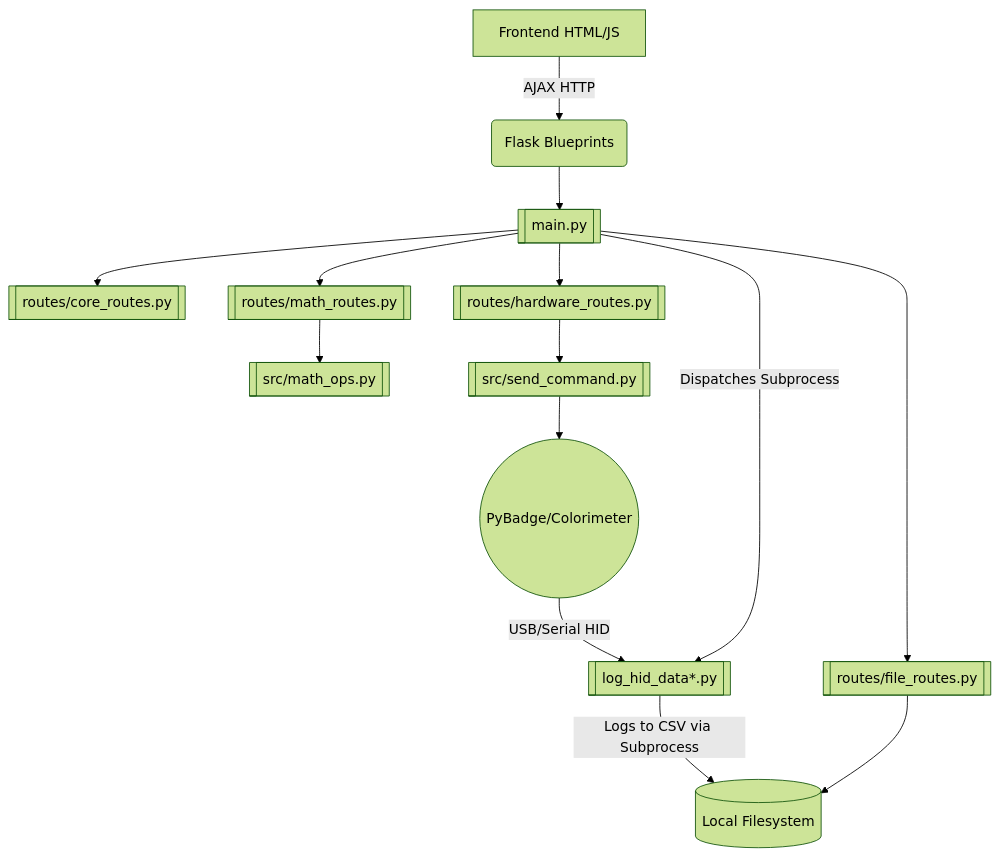
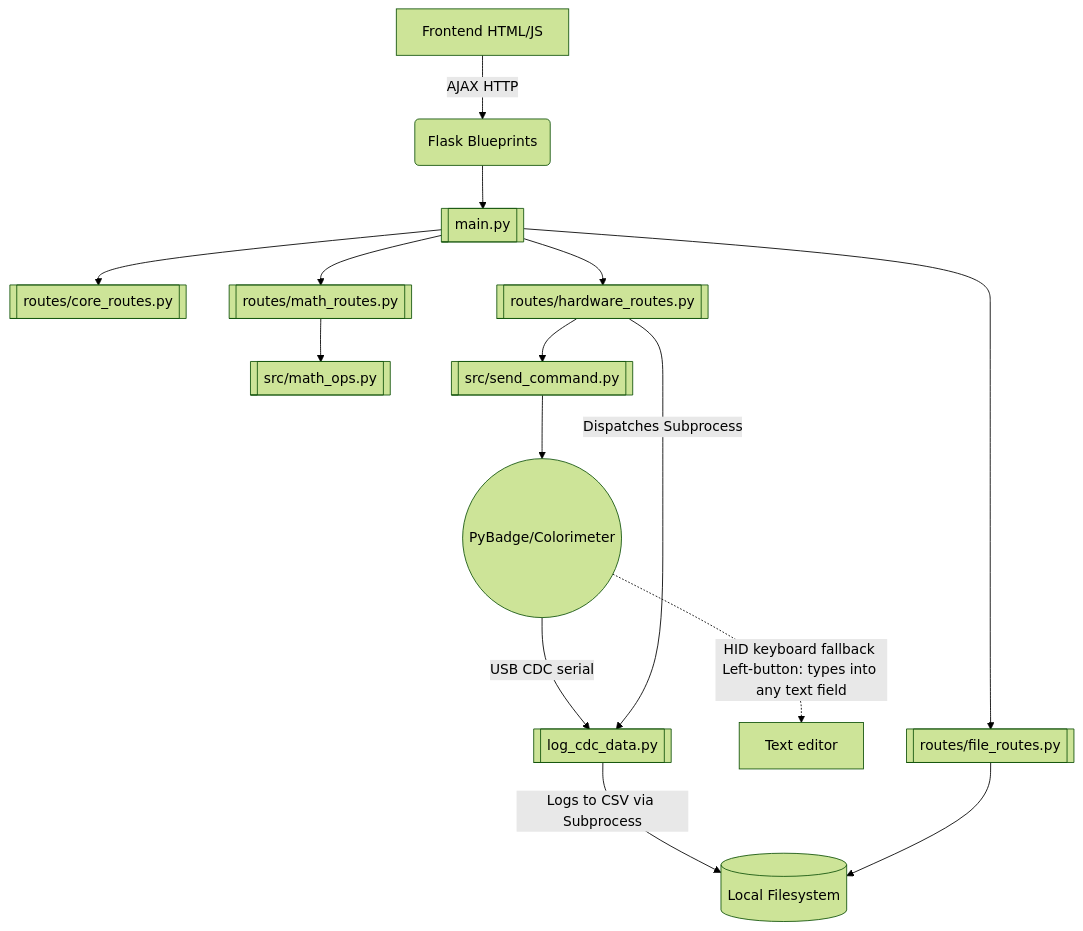
One commit to Promethees/microalbumin-Flask changed the diagram in easyokapi-knowledge/AGENTS.md. Above: the diagram before and after it, drawn with Mermaid (forest theme). The commit also changed other lines of this file and 15 other files, not shown here.

Commit message:
Remove unused HID logger scripts and deps; update docs/installers

````diff
--- a/easyokapi-knowledge/AGENTS.md
+++ b/easyokapi-knowledge/AGENTS.md
@@ -18,20 +18,21 @@
 ```mermaid
 graph TD
-    Device((PyBadge/Colorimeter)) -->|USB/Serial HID| Logger[[log_hid_data*.py]]
+    Device((PyBadge/Colorimeter)) -->|USB CDC serial| Logger[[log_cdc_data.py]]
+    Device -. HID keyboard fallback Left-button: types into any text field .-> Editor[Text editor]
     Logger -->|Logs to CSV via Subprocess| FileSys[(Local Filesystem)]
     
     UI[Frontend HTML/JS] -->|AJAX HTTP| API(Flask Blueprints)
     
     API --> Main[[main.py]]
     
     Main --> CoreBP[[routes/core_routes.py]]
     Main --> FileBP[[routes/file_routes.py]]
     Main --> HardBP[[routes/hardware_routes.py]]
     Main --> MathBP[[routes/math_routes.py]]
 
     FileBP --> FileSys
     MathBP --> MathOps[[src/math_ops.py]]
     HardBP --> Hardware[[src/send_command.py]]
     Hardware --> Device
-    Main -->|Dispatches Subprocess| Logger
+    HardBP -->|Dispatches Subprocess| Logger
 ```
````
